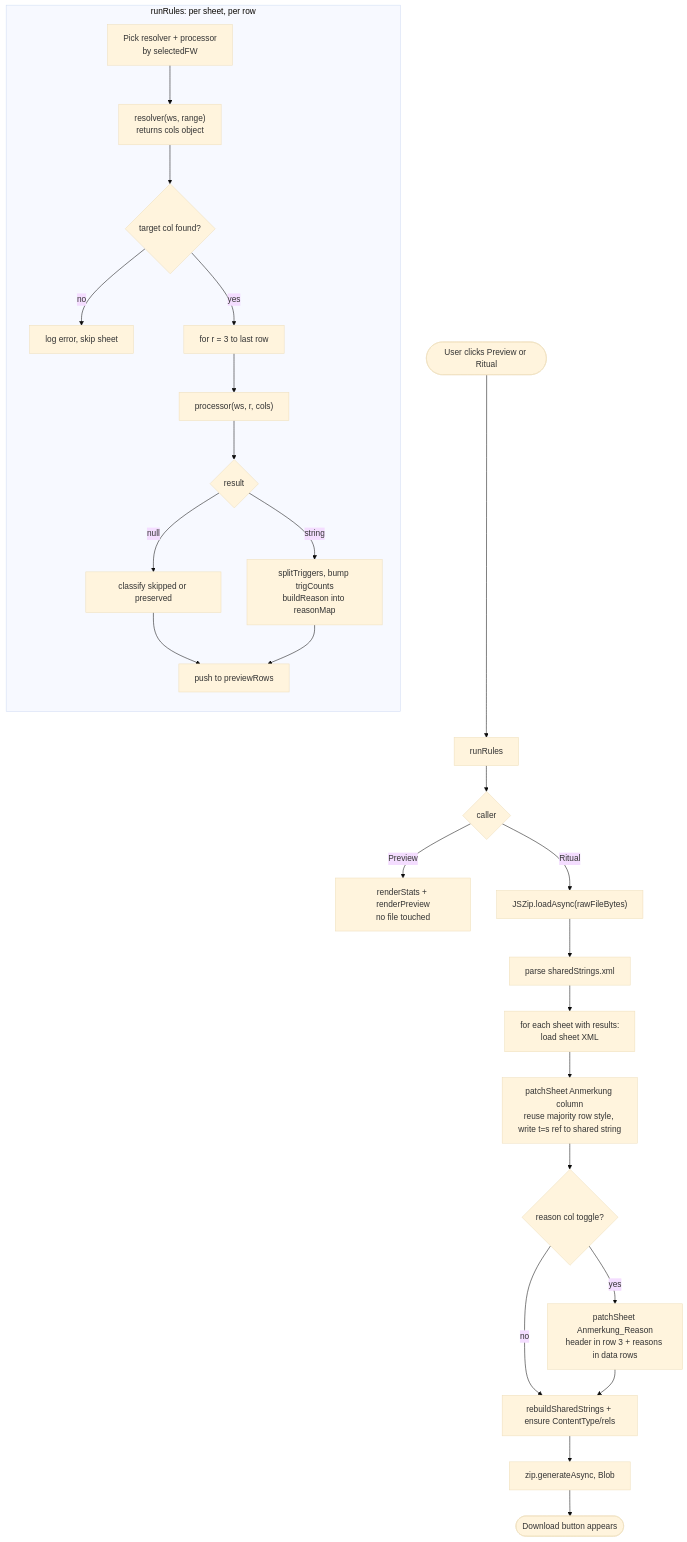
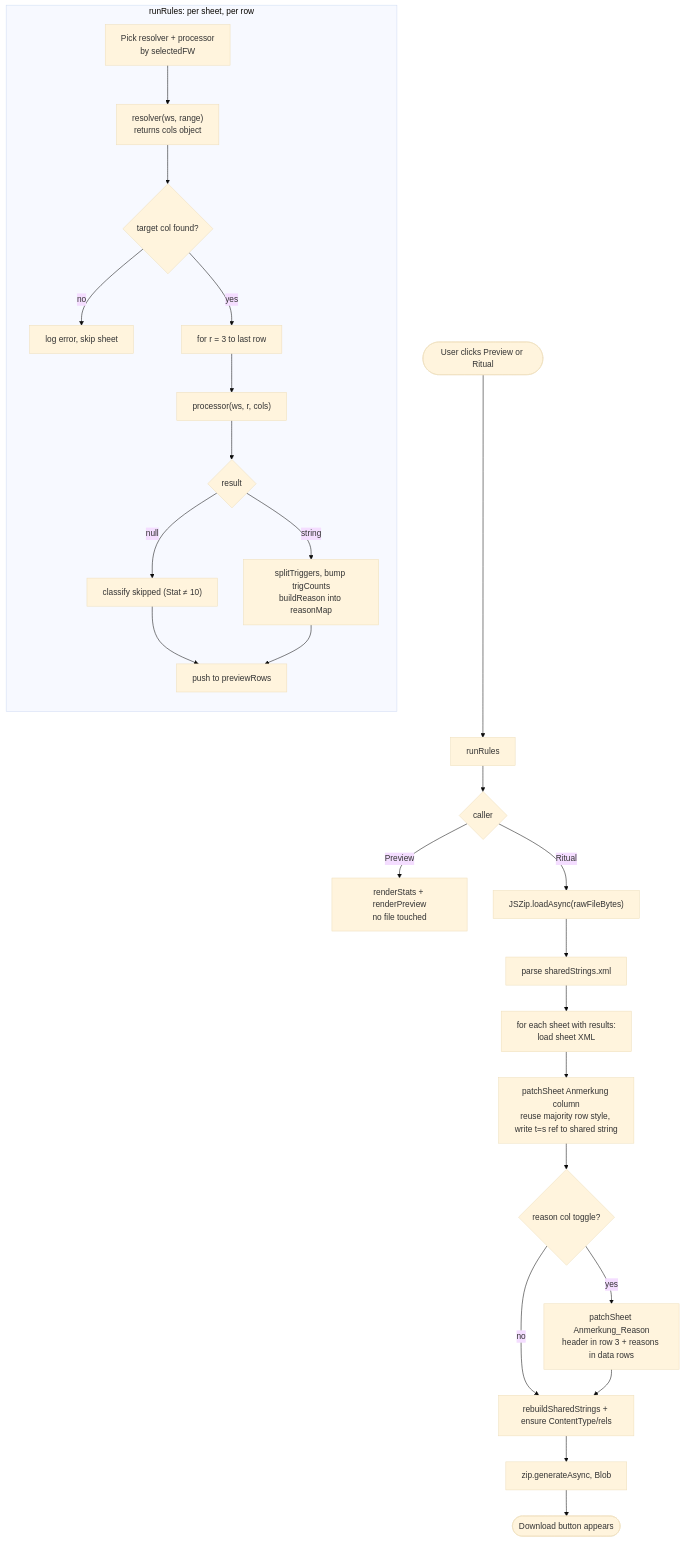
The second of 5 diagrams in docs/ANMERKUNG-WORKFLOW.md (nicoyogi/vb-code-vault), drawn with Mermaid (base theme) before and after one commit. The commit also changed other lines of this file and 5 other files, not shown here.

````diff
--- a/docs/ANMERKUNG-WORKFLOW.md
+++ b/docs/ANMERKUNG-WORKFLOW.md
@@ -222,32 +221,32 @@
 ```mermaid
 flowchart TD
   U(["User clicks Preview or Ritual"]) --> RR["runRules"]
 
   subgraph RR_loop ["runRules: per sheet, per row"]
     direction TB
     S1["Pick resolver + processor<br/>by selectedFW"]
     S1 --> S2["resolver(ws, range)<br/>returns cols object"]
     S2 --> S3{"target col found?"}
     S3 -- no --> S3b["log error, skip sheet"]
     S3 -- yes --> S4["for r = 3 to last row"]
     S4 --> S5["processor(ws, r, cols)"]
     S5 --> S6{"result"}
-    S6 -- null --> S7["classify skipped or preserved"]
+    S6 -- null --> S7["classify skipped (Stat ≠ 10)"]
     S6 -- string --> S8["splitTriggers, bump trigCounts<br/>buildReason into reasonMap"]
     S7 --> S9["push to previewRows"]
     S8 --> S9
   end
 
   RR --> OUT{"caller"}
   OUT -- Preview --> P1["renderStats + renderPreview<br/>no file touched"]
   OUT -- Ritual --> R1["JSZip.loadAsync(rawFileBytes)"]
   R1 --> R2["parse sharedStrings.xml"]
   R2 --> R3["for each sheet with results:<br/>load sheet XML"]
   R3 --> R4["patchSheet Anmerkung column<br/>reuse majority row style, write t=s ref to shared string"]
   R4 --> R5{"reason col toggle?"}
   R5 -- yes --> R6["patchSheet Anmerkung_Reason<br/>header in row 3 + reasons in data rows"]
   R5 -- no --> R7
   R6 --> R7["rebuildSharedStrings + ensure ContentType/rels"]
   R7 --> R8["zip.generateAsync, Blob"]
   R8 --> R9(["Download button appears"])
 ```
````
